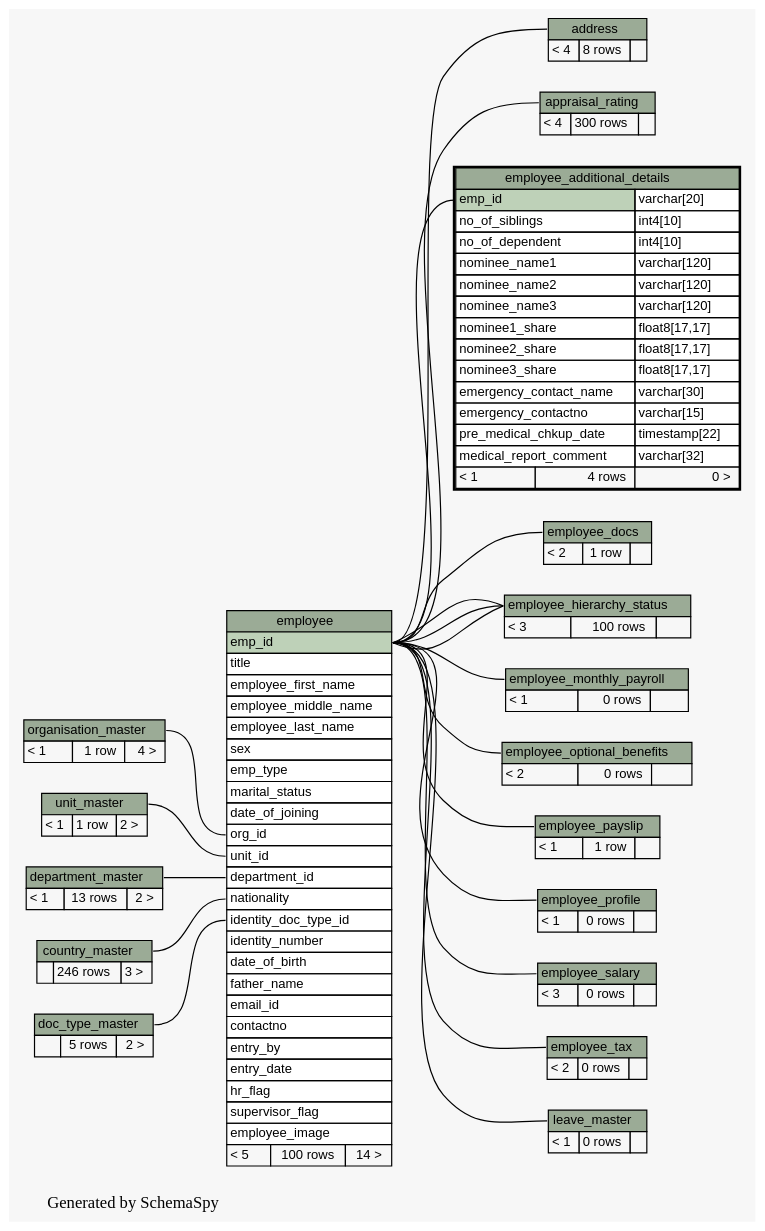
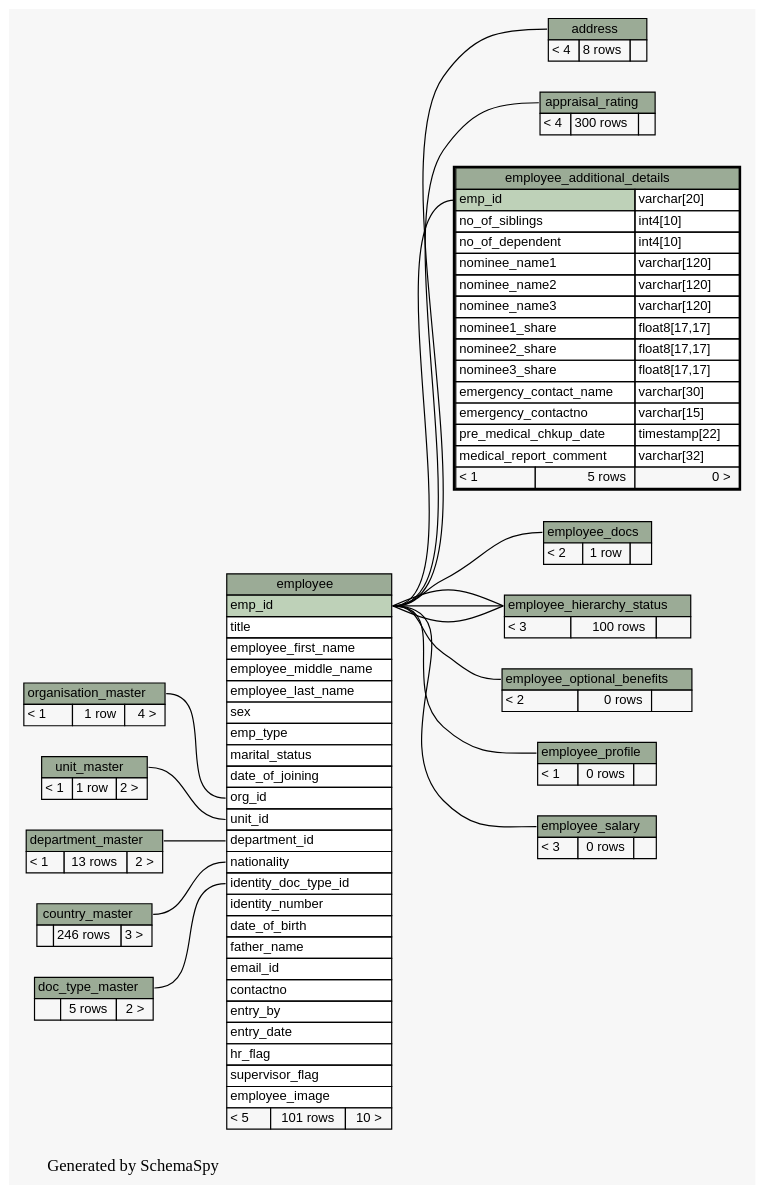
Before and after one commit to engineerscraft/hrms: the diagram in docs/database/schemaspy/graphs/employee_additional_details.2degrees.dot, drawn with Graphviz. The commit also changed 190 other files, not shown here.

```diff
--- a/docs/database/schemaspy/graphs/employee_additional_details.2degrees.dot
+++ b/docs/database/schemaspy/graphs/employee_additional_details.2degrees.dot
@@ -1,4 +1,4 @@
-// dot 2.38.0 on Windows 8.1 6.3
+// dot 2.38.0 on Windows 7 6.1
 digraph "twoDegreesRelationshipsGraph" {
   graph [
     rankdir="RL"
@@ -26,13 +26,9 @@
   "employee_hierarchy_status":"employee_hierarchy_status.heading":w -> "employee":"emp_id":e [arrowtail=tee arrowhead=none];
   "employee_hierarchy_status":"employee_hierarchy_status.heading":w -> "employee":"emp_id":e [arrowtail=crowodot arrowhead=none];
   "employee_hierarchy_status":"employee_hierarchy_status.heading":w -> "employee":"emp_id":e [arrowtail=crowodot arrowhead=none];
-  "employee_monthly_payroll":"employee_monthly_payroll.heading":w -> "employee":"emp_id":e [arrowtail=crowodot arrowhead=none];
   "employee_optional_benefits":"employee_optional_benefits.heading":w -> "employee":"emp_id":e [arrowtail=crowodot arrowhead=none];
-  "employee_payslip":"employee_payslip.heading":w -> "employee":"emp_id":e [arrowtail=crowodot arrowhead=none];
   "employee_profile":"employee_profile.heading":w -> "employee":"emp_id":e [arrowtail=tee arrowhead=none];
   "employee_salary":"employee_salary.heading":w -> "employee":"emp_id":e [arrowtail=crowtee arrowhead=none];
-  "employee_tax":"employee_tax.heading":w -> "employee":"emp_id":e [arrowtail=crowtee arrowhead=none];
-  "leave_master":"leave_master.heading":w -> "employee":"emp_id":e [arrowtail=tee arrowhead=none];
   "address" [
     label=<
     <TABLE BORDER="0" CELLBORDER="1" CELLSPACING="0" BGCOLOR="#ffffff">
@@ -106,7 +102,7 @@
       <TR><TD PORT="hr_flag" COLSPAN="3" ALIGN="LEFT">hr_flag</TD></TR>
       <TR><TD PORT="supervisor_flag" COLSPAN="3" ALIGN="LEFT">supervisor_flag</TD></TR>
       <TR><TD PORT="employee_image" COLSPAN="3" ALIGN="LEFT">employee_image</TD></TR>
-      <TR><TD ALIGN="LEFT" BGCOLOR="#f7f7f7">&lt; 5</TD><TD ALIGN="RIGHT" BGCOLOR="#f7f7f7">100 rows</TD><TD ALIGN="RIGHT" BGCOLOR="#f7f7f7">14 &gt;</TD></TR>
+      <TR><TD ALIGN="LEFT" BGCOLOR="#f7f7f7">&lt; 5</TD><TD ALIGN="RIGHT" BGCOLOR="#f7f7f7">101 rows</TD><TD ALIGN="RIGHT" BGCOLOR="#f7f7f7">10 &gt;</TD></TR>
     </TABLE>>
     URL="employee.html#graph"
     tooltip="employee"
@@ -128,7 +124,7 @@
       <TR><TD PORT="emergency_contactno" COLSPAN="2" ALIGN="LEFT">emergency_contactno</TD><TD PORT="emergency_contactno.type" ALIGN="LEFT">varchar[15]</TD></TR>
       <TR><TD PORT="pre_medical_chkup_date" COLSPAN="2" ALIGN="LEFT">pre_medical_chkup_date</TD><TD PORT="pre_medical_chkup_date.type" ALIGN="LEFT">timestamp[22]</TD></TR>
       <TR><TD PORT="medical_report_comment" COLSPAN="2" ALIGN="LEFT">medical_report_comment</TD><TD PORT="medical_report_comment.type" ALIGN="LEFT">varchar[32]</TD></TR>
-      <TR><TD ALIGN="LEFT" BGCOLOR="#f7f7f7">&lt; 1</TD><TD ALIGN="RIGHT" BGCOLOR="#f7f7f7">4 rows</TD><TD ALIGN="RIGHT" BGCOLOR="#f7f7f7">0 &gt;</TD></TR>
+      <TR><TD ALIGN="LEFT" BGCOLOR="#f7f7f7">&lt; 1</TD><TD ALIGN="RIGHT" BGCOLOR="#f7f7f7">5 rows</TD><TD ALIGN="RIGHT" BGCOLOR="#f7f7f7">0 &gt;</TD></TR>
     </TABLE>>
     URL="employee_additional_details.html#"
     tooltip="employee_additional_details"
@@ -151,15 +147,6 @@
     URL="employee_hierarchy_status.html#graph"
     tooltip="employee_hierarchy_status"
   ];
-  "employee_monthly_payroll" [
-    label=<
-    <TABLE BORDER="0" CELLBORDER="1" CELLSPACING="0" BGCOLOR="#ffffff">
-      <TR><TD PORT="employee_monthly_payroll.heading" COLSPAN="3" BGCOLOR="#9bab96" ALIGN="CENTER">employee_monthly_payroll</TD></TR>
-      <TR><TD ALIGN="LEFT" BGCOLOR="#f7f7f7">&lt; 1</TD><TD ALIGN="RIGHT" BGCOLOR="#f7f7f7">0 rows</TD><TD ALIGN="RIGHT" BGCOLOR="#f7f7f7">  </TD></TR>
-    </TABLE>>
-    URL="employee_monthly_payroll.html#graph"
-    tooltip="employee_monthly_payroll"
-  ];
   "employee_optional_benefits" [
     label=<
     <TABLE BORDER="0" CELLBORDER="1" CELLSPACING="0" BGCOLOR="#ffffff">
@@ -168,15 +155,6 @@
     </TABLE>>
     URL="employee_optional_benefits.html#graph"
     tooltip="employee_optional_benefits"
-  ];
-  "employee_payslip" [
-    label=<
-    <TABLE BORDER="0" CELLBORDER="1" CELLSPACING="0" BGCOLOR="#ffffff">
-      <TR><TD PORT="employee_payslip.heading" COLSPAN="3" BGCOLOR="#9bab96" ALIGN="CENTER">employee_payslip</TD></TR>
-      <TR><TD ALIGN="LEFT" BGCOLOR="#f7f7f7">&lt; 1</TD><TD ALIGN="RIGHT" BGCOLOR="#f7f7f7">1 row</TD><TD ALIGN="RIGHT" BGCOLOR="#f7f7f7">  </TD></TR>
-    </TABLE>>
-    URL="employee_payslip.html#graph"
-    tooltip="employee_payslip"
   ];
   "employee_profile" [
     label=<
@@ -195,24 +173,6 @@
     </TABLE>>
     URL="employee_salary.html#graph"
     tooltip="employee_salary"
-  ];
-  "employee_tax" [
-    label=<
-    <TABLE BORDER="0" CELLBORDER="1" CELLSPACING="0" BGCOLOR="#ffffff">
-      <TR><TD PORT="employee_tax.heading" COLSPAN="3" BGCOLOR="#9bab96" ALIGN="CENTER">employee_tax</TD></TR>
-      <TR><TD ALIGN="LEFT" BGCOLOR="#f7f7f7">&lt; 2</TD><TD ALIGN="RIGHT" BGCOLOR="#f7f7f7">0 rows</TD><TD ALIGN="RIGHT" BGCOLOR="#f7f7f7">  </TD></TR>
-    </TABLE>>
-    URL="employee_tax.html#graph"
-    tooltip="employee_tax"
-  ];
-  "leave_master" [
-    label=<
-    <TABLE BORDER="0" CELLBORDER="1" CELLSPACING="0" BGCOLOR="#ffffff">
-      <TR><TD PORT="leave_master.heading" COLSPAN="3" BGCOLOR="#9bab96" ALIGN="CENTER">leave_master</TD></TR>
-      <TR><TD ALIGN="LEFT" BGCOLOR="#f7f7f7">&lt; 1</TD><TD ALIGN="RIGHT" BGCOLOR="#f7f7f7">0 rows</TD><TD ALIGN="RIGHT" BGCOLOR="#f7f7f7">  </TD></TR>
-    </TABLE>>
-    URL="leave_master.html#graph"
-    tooltip="leave_master"
   ];
   "organisation_master" [
     label=<
```
